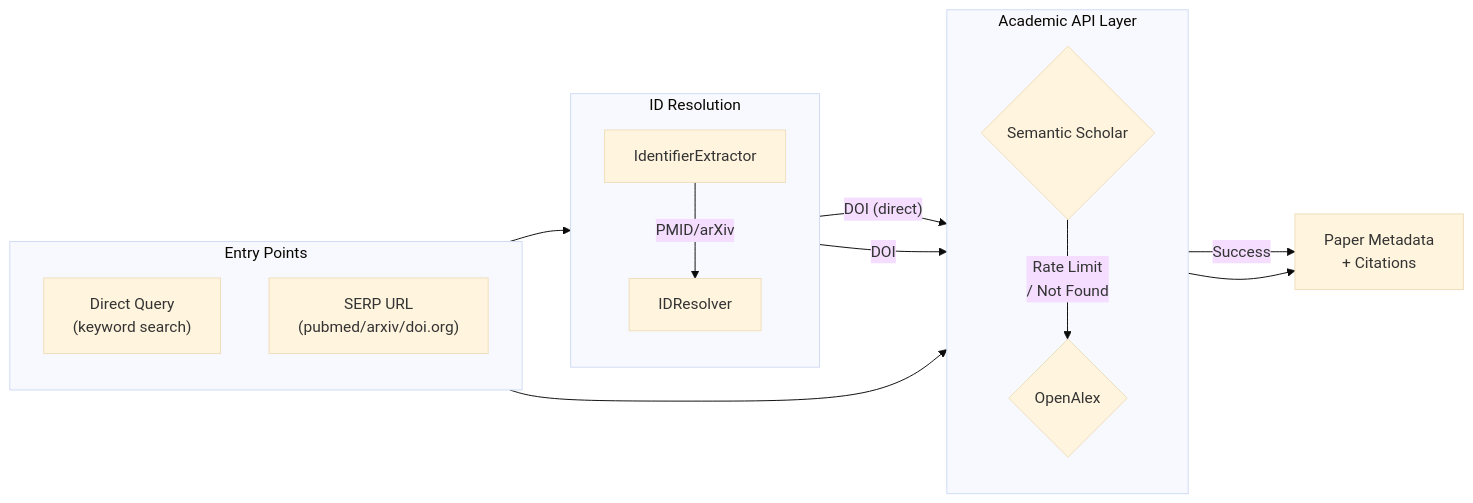
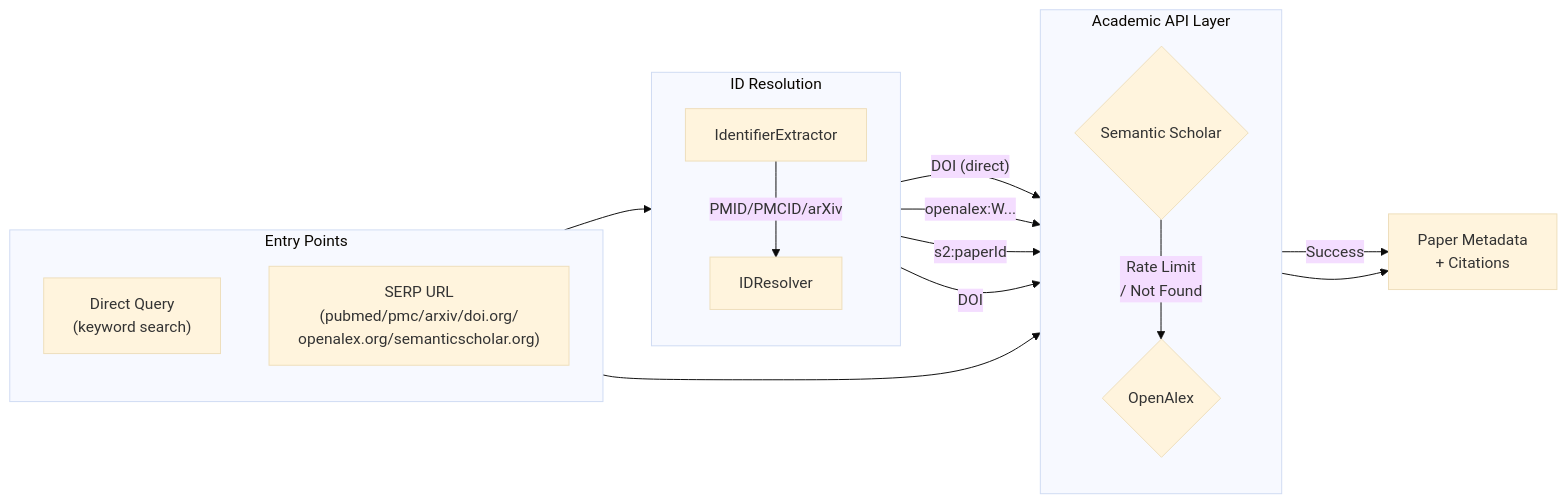
One commit to k-shibuki/lyra changed the first of 2 diagrams in docs/adr/0008-academic-data-source-strategy.md. Above: the diagram before and after it, drawn with Mermaid (base theme). The commit also changed other lines of this file and 16 other files, not shown here.

````diff
--- a/docs/adr/0008-academic-data-source-strategy.md
+++ b/docs/adr/0008-academic-data-source-strategy.md
@@ -36,32 +36,34 @@
 ```mermaid
 flowchart LR
     subgraph ENTRY["Entry Points"]
         direction TB
         DQ["Direct Query<br/>(keyword search)"]
-        SERP["SERP URL<br/>(pubmed/arxiv/doi.org)"]
+        SERP["SERP URL<br/>(pubmed/pmc/arxiv/doi.org/<br/>openalex.org/semanticscholar.org)"]
     end
 
     subgraph RESOLVE["ID Resolution"]
         direction TB
         EX["IdentifierExtractor"]
         IR["IDResolver"]
-        EX -->|"PMID/arXiv"| IR
+        EX -->|"PMID/PMCID/arXiv"| IR
     end
 
     subgraph API["Academic API Layer"]
         direction TB
         S2{"Semantic Scholar"}
         OA{"OpenAlex"}
         S2 -->|"Rate Limit<br/>/ Not Found"| OA
     end
 
     OUT["Paper Metadata<br/>+ Citations"]
 
     DQ --> S2
     SERP --> EX
     EX -->|"DOI (direct)"| S2
+    EX -->|"openalex:W..."| OA
+    EX -->|"s2:paperId"| S2
     IR -->|DOI| S2
 
     S2 -->|Success| OUT
     OA --> OUT
 ```
````
